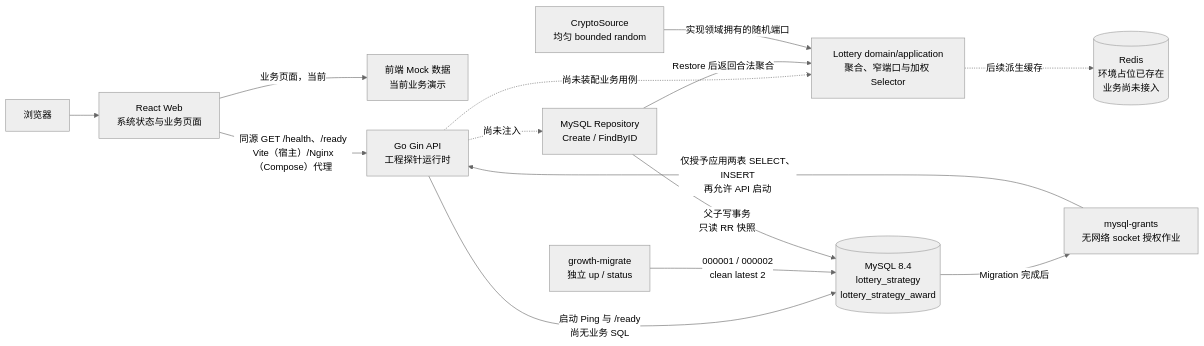
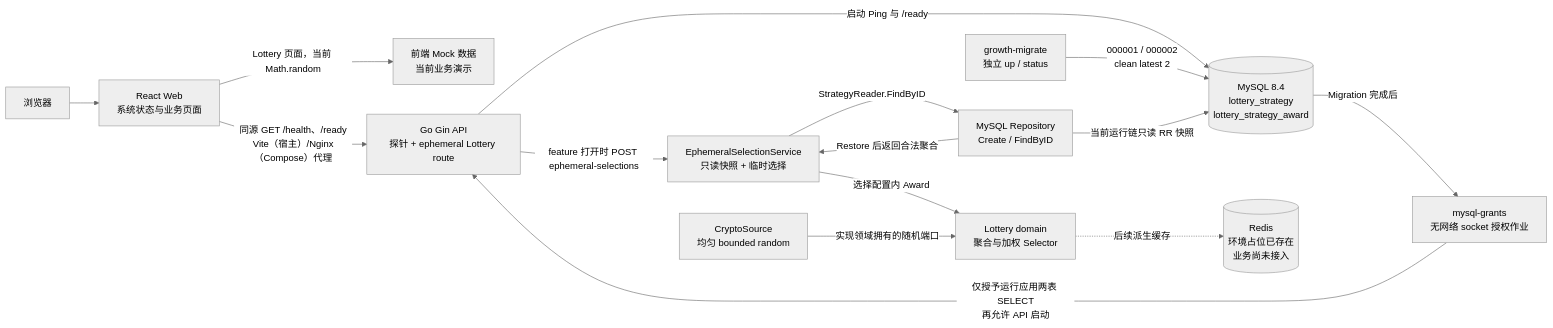
Before and after one commit to Atingaii/GrowthOS-Go: the fifth of 5 diagrams in docs/product/system-design-v0.md, drawn with Mermaid (neutral theme). The commit also changed other lines of this file and 26 other files, not shown here.

````diff
--- a/docs/product/system-design-v0.md
+++ b/docs/product/system-design-v0.md
@@ -189,28 +189,30 @@
 ```mermaid
 flowchart LR
     BROWSER[浏览器]
     WEB[React Web\n系统状态与业务页面]
     MOCK[前端 Mock 数据\n当前业务演示]
-    API[Go Gin API\n工程探针运行时]
+    API[Go Gin API\n探针 + ephemeral Lottery route]
     MIGRATE[growth-migrate\n独立 up / status]
     GRANTS[mysql-grants\n无网络 socket 授权作业]
-    MODULES[Lottery domain/application\n聚合、窄端口与加权 Selector]
+    USECASE[EphemeralSelectionService\n只读快照 + 临时选择]
+    DOMAIN[Lottery domain\n聚合与加权 Selector]
     RANDOM[CryptoSource\n均匀 bounded random]
     REPOSITORY[MySQL Repository\nCreate / FindByID]
     TABLES[(MySQL 8.4\nlottery_strategy\nlottery_strategy_award)]
     REDIS[(Redis\n环境占位已存在\n业务尚未接入)]
 
     BROWSER --> WEB
     WEB -->|同源 GET /health、/ready\nVite（宿主）/Nginx（Compose）代理| API
-    WEB -->|业务页面，当前| MOCK
-    API -.尚未装配业务用例.-> MODULES
-    API -.尚未注入.-> REPOSITORY
-    API -->|启动 Ping 与 /ready\n尚无业务 SQL| TABLES
+    WEB -->|Lottery 页面，当前 Math.random| MOCK
+    API -->|feature 打开时 POST ephemeral-selections| USECASE
+    API -->|启动 Ping 与 /ready| TABLES
+    USECASE -->|StrategyReader.FindByID| REPOSITORY
+    USECASE -->|选择配置内 Award| DOMAIN
     MIGRATE -->|000001 / 000002\nclean latest 2| TABLES
     TABLES -->|Migration 完成后| GRANTS
-    GRANTS -->|仅授予应用两表 SELECT、INSERT\n再允许 API 启动| API
-    REPOSITORY -->|父子写事务\n只读 RR 快照| TABLES
-    REPOSITORY -->|Restore 后返回合法聚合| MODULES
-    RANDOM -->|实现领域拥有的随机端口| MODULES
-    MODULES -.后续派生缓存.-> REDIS
+    GRANTS -->|仅授予运行应用两表 SELECT\n再允许 API 启动| API
+    REPOSITORY -->|当前运行链只读 RR 快照| TABLES
+    REPOSITORY -->|Restore 后返回合法聚合| USECASE
+    RANDOM -->|实现领域拥有的随机端口| DOMAIN
+    DOMAIN -.后续派生缓存.-> REDIS
 ```
````
